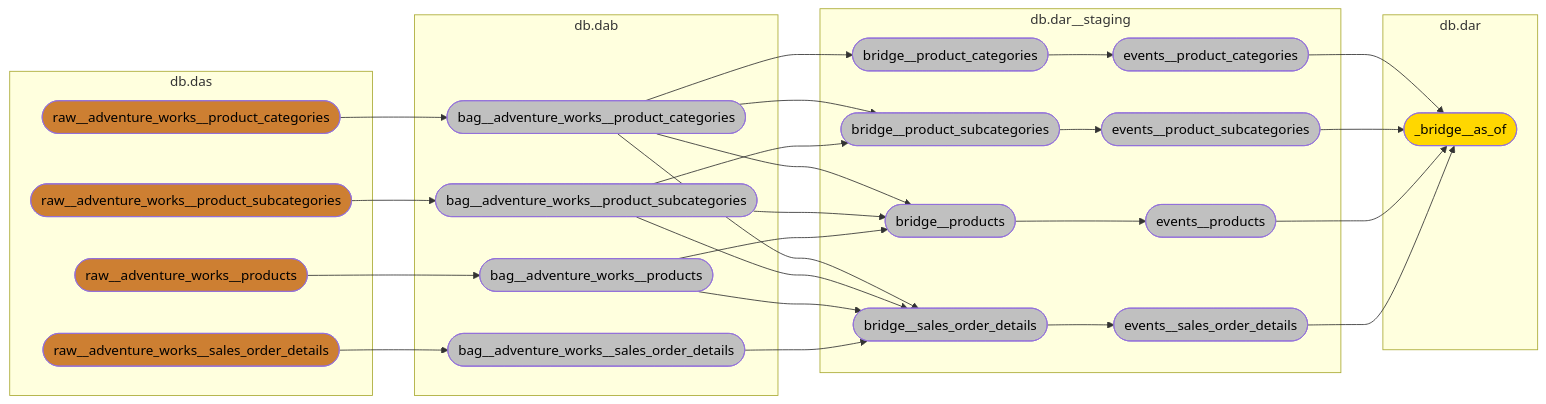
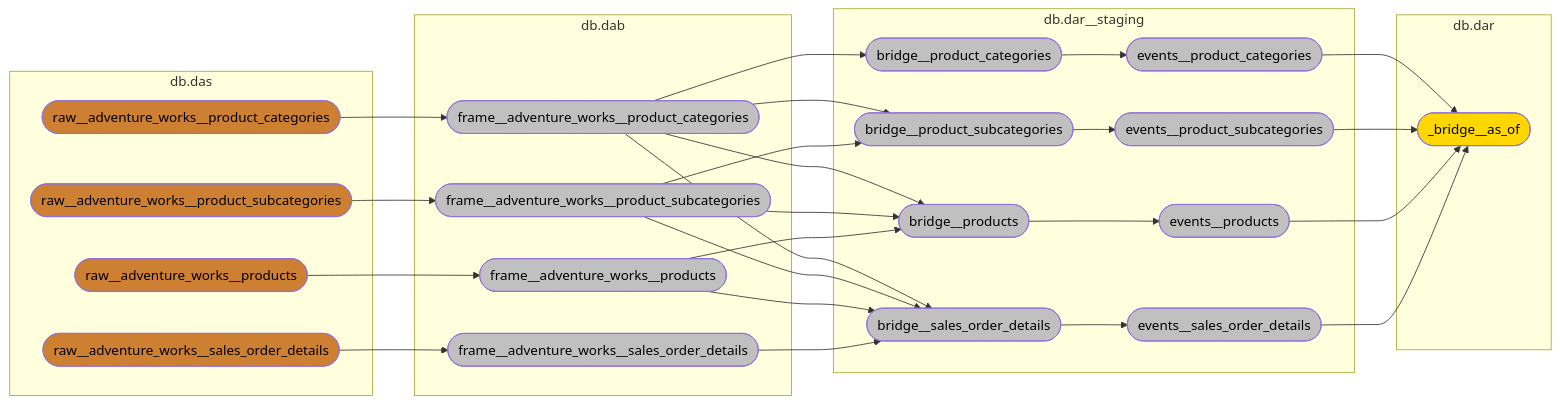
The fourth of 4 diagrams in README.md (mattiasthalen/adventure-works), drawn with Mermaid before and after one commit. The commit also changed other lines of this file and 242 other files, not shown here.

Commit message:
Rename bag to frame

````diff
--- a/README.md
+++ b/README.md
@@ -181,54 +181,54 @@
 ```mermaid
 flowchart LR
     classDef bronze fill:#CD7F32,color:black
     classDef silver fill:#C0C0C0,color:black
     classDef gold fill:#FFD700,color:black
 
     subgraph db.das["db.das"]
         raw__adventure_works__product_categories(["raw__adventure_works__product_categories"]):::bronze
         raw__adventure_works__product_subcategories(["raw__adventure_works__product_subcategories"]):::bronze
         raw__adventure_works__products(["raw__adventure_works__products"]):::bronze
         raw__adventure_works__sales_order_details(["raw__adventure_works__sales_order_details"]):::bronze
     end
     
     subgraph db.dab["db.dab"]
-        bag__adventure_works__product_categories(["bag__adventure_works__product_categories"]):::silver
-        bag__adventure_works__product_subcategories(["bag__adventure_works__product_subcategories"]):::silver
-        bag__adventure_works__products(["bag__adventure_works__products"]):::silver
-        bag__adventure_works__sales_order_details(["bag__adventure_works__sales_order_details"]):::silver
+        frame__adventure_works__product_categories(["frame__adventure_works__product_categories"]):::silver
+        frame__adventure_works__product_subcategories(["frame__adventure_works__product_subcategories"]):::silver
+        frame__adventure_works__products(["frame__adventure_works__products"]):::silver
+        frame__adventure_works__sales_order_details(["frame__adventure_works__sales_order_details"]):::silver
     end
     
     subgraph db.dar__staging["db.dar__staging"]
         bridge__product_categories(["bridge__product_categories"]):::silver
         bridge__product_subcategories(["bridge__product_subcategories"]):::silver
         bridge__products(["bridge__products"]):::silver
         bridge__sales_order_details(["bridge__sales_order_details"]):::silver
         
         events__product_categories(["events__product_categories"]):::silver
         events__product_subcategories(["events__product_subcategories"]):::silver
         events__products(["events__products"]):::silver
         events__sales_order_details(["events__sales_order_details"]):::silver
     end
 
     subgraph db.dar["db.dar"]
         unified_bridge(["_bridge__as_of"]):::gold
     end
 
-       raw__adventure_works__product_categories --> bag__adventure_works__product_categories --> bridge__product_categories
-    bag__adventure_works__product_categories --> bridge__product_subcategories
-    bag__adventure_works__product_categories --> bridge__products
-    bag__adventure_works__product_categories --> bridge__sales_order_details
+       raw__adventure_works__product_categories --> frame__adventure_works__product_categories --> bridge__product_categories
+    frame__adventure_works__product_categories --> bridge__product_subcategories
+    frame__adventure_works__product_categories --> bridge__products
+    frame__adventure_works__product_categories --> bridge__sales_order_details
  
-    raw__adventure_works__product_subcategories --> bag__adventure_works__product_subcategories --> bridge__product_subcategories
-    bag__adventure_works__product_subcategories --> bridge__products
-    bag__adventure_works__product_subcategories --> bridge__sales_order_details
+    raw__adventure_works__product_subcategories --> frame__adventure_works__product_subcategories --> bridge__product_subcategories
+    frame__adventure_works__product_subcategories --> bridge__products
+    frame__adventure_works__product_subcategories --> bridge__sales_order_details
     
-    raw__adventure_works__products --> bag__adventure_works__products --> bridge__products
-    bag__adventure_works__products --> bridge__sales_order_details    
+    raw__adventure_works__products --> frame__adventure_works__products --> bridge__products
+    frame__adventure_works__products --> bridge__sales_order_details    
     
-    raw__adventure_works__sales_order_details --> bag__adventure_works__sales_order_details --> bridge__sales_order_details
+    raw__adventure_works__sales_order_details --> frame__adventure_works__sales_order_details --> bridge__sales_order_details
     bridge__product_categories --> events__product_categories --> unified_bridge
     bridge__product_subcategories --> events__product_subcategories --> unified_bridge
     bridge__products --> events__products --> unified_bridge
     bridge__sales_order_details --> events__sales_order_details --> unified_bridge
 ```
````
